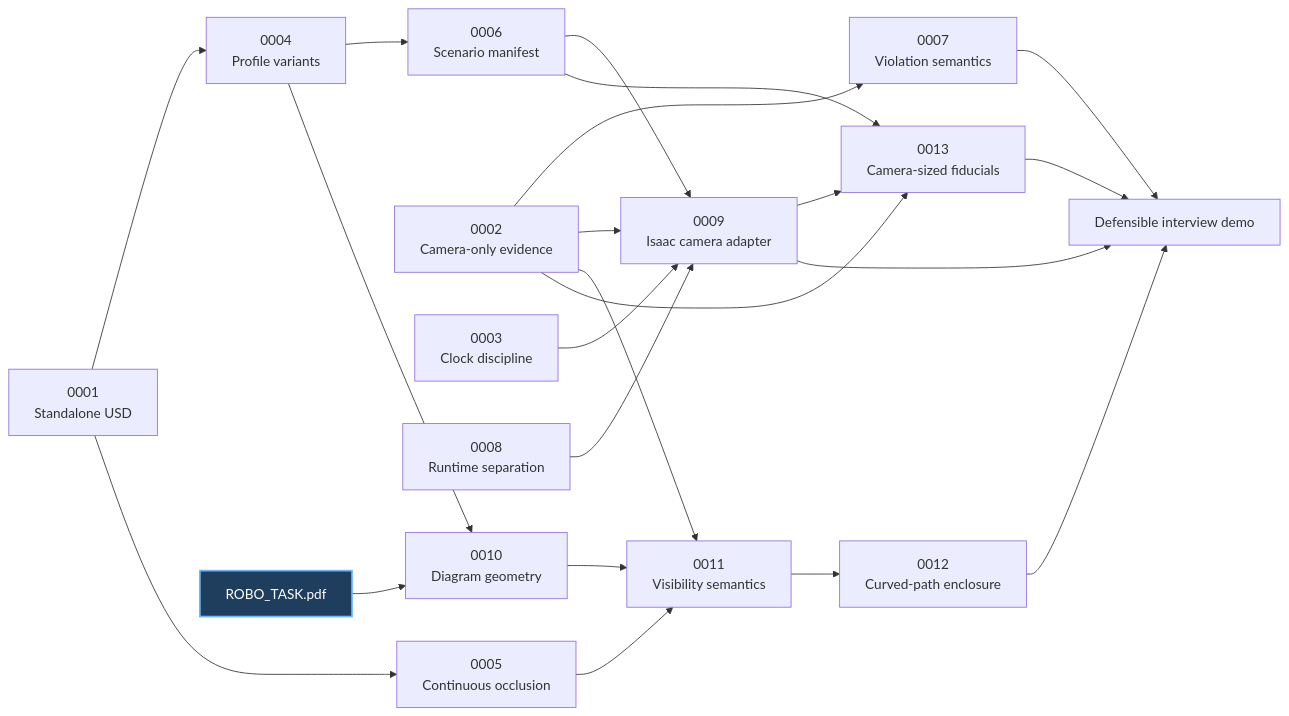
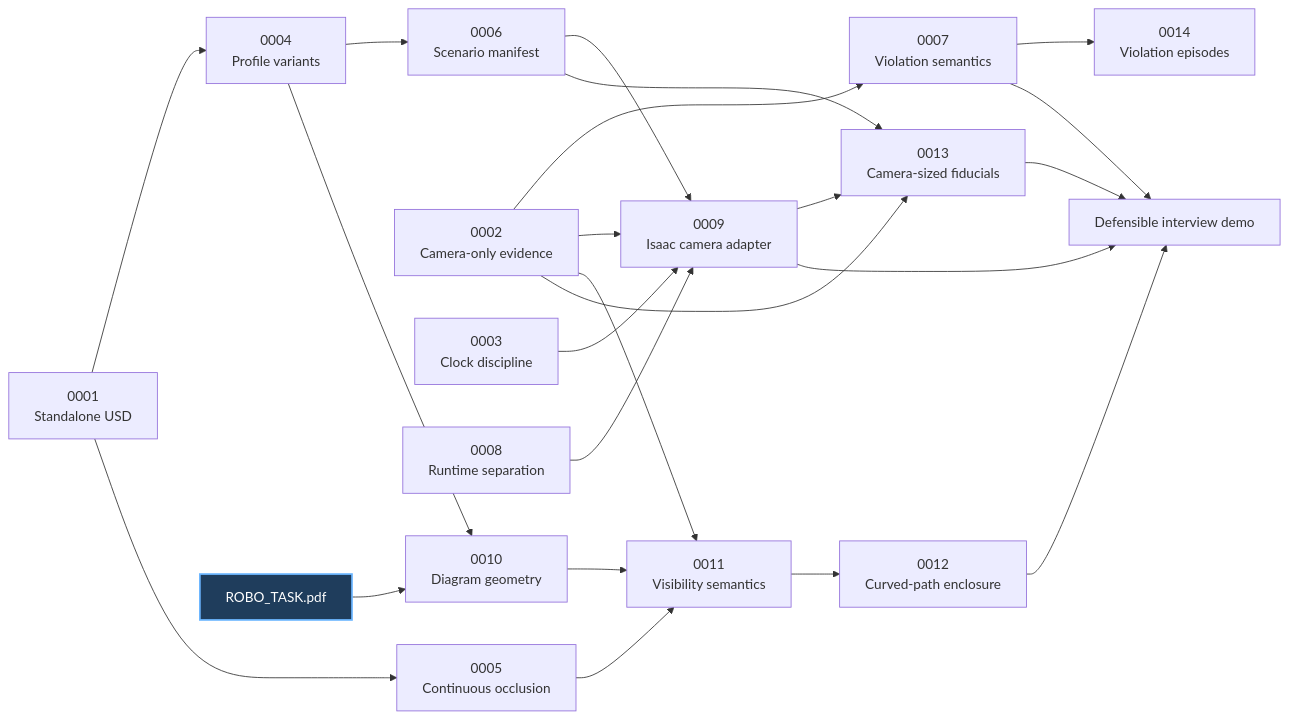
The diagram in docs/adr/README.md (alexandergmzx/corridor-twin), drawn with Mermaid before and after one commit. The commit also changed other lines of this file and 5 other files, not shown here.

````diff
--- a/docs/adr/README.md
+++ b/docs/adr/README.md
@@ -24,31 +25,32 @@
 ```mermaid
 flowchart LR
     A1["0001<br/>Standalone USD"] --> A4["0004<br/>Profile variants"]
     A4 --> A6["0006<br/>Scenario manifest"]
 
     A2["0002<br/>Camera-only evidence"] --> A7["0007<br/>Violation semantics"]
+    A7 --> A14["0014<br/>Violation episodes"]
     A3["0003<br/>Clock discipline"] --> A9["0009<br/>Isaac camera adapter"]
     A8["0008<br/>Runtime separation"] --> A9
     A2 --> A9
     A6 --> A9
 
     A1 --> A5["0005<br/>Continuous occlusion"]
 
     Task["ROBO_TASK.pdf"] --> A10["0010<br/>Diagram geometry"]
     A4 --> A10
     A10 --> A11["0011<br/>Visibility semantics"]
     A5 --> A11
     A2 --> A11
 
     A11 --> A12["0012<br/>Curved-path enclosure"]
     A2 --> A13["0013<br/>Camera-sized fiducials"]
     A6 --> A13
     A9 --> A13
     A12 --> Demo["Defensible interview demo"]
     A13 --> Demo
     A7 --> Demo
     A9 --> Demo
 
     classDef source fill:#1f3d5c,color:#ffffff,stroke:#6bb6ff,stroke-width:2px;
     class Task source;
 ```
````
